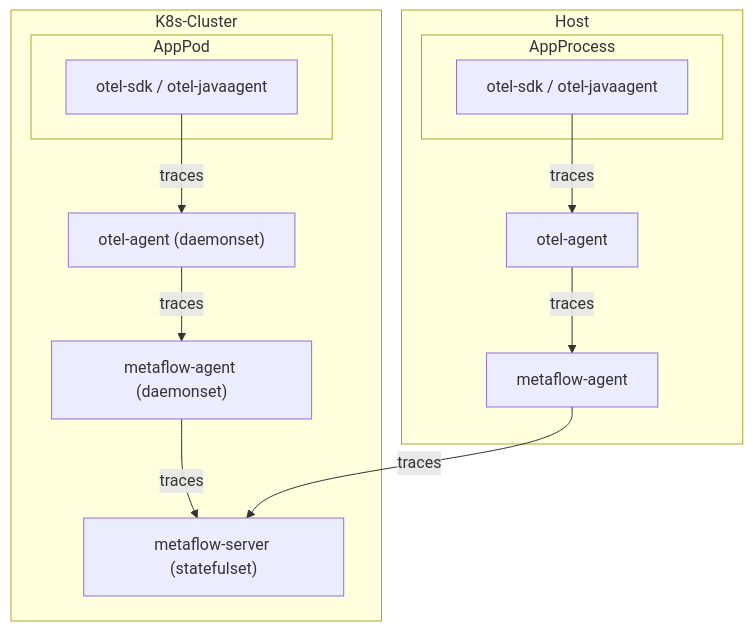
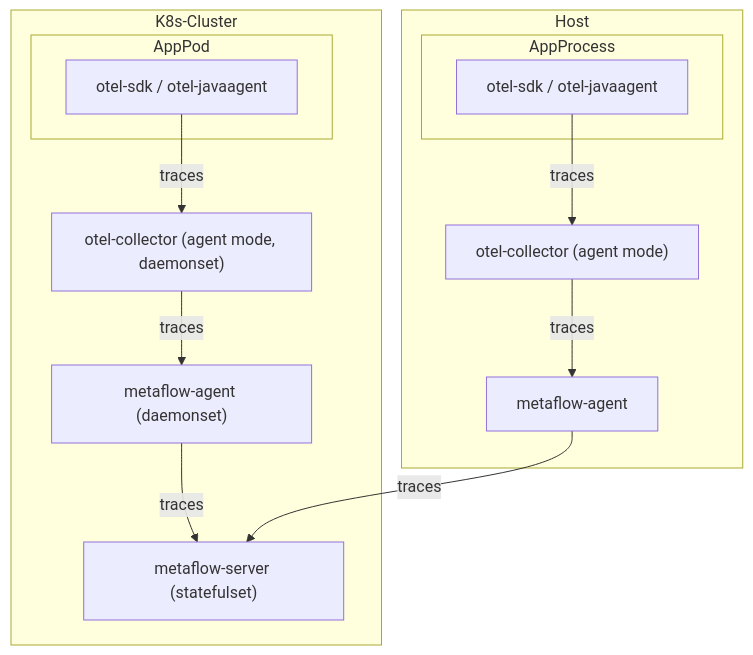
The diagram in zh/06-agent-integration/01-tracing/03-opentelemetry.md (deepflowio/docs), drawn with Mermaid before and after one commit. The commit also changed 6 other files, not shown here.

````diff
--- a/zh/06-agent-integration/01-tracing/03-opentelemetry.md
+++ b/zh/06-agent-integration/01-tracing/03-opentelemetry.md
@@ -7,28 +7,28 @@
 ```mermaid
 flowchart TD
 
 subgraph K8s-Cluster
   subgraph AppPod
     OTelSDK1["otel-sdk / otel-javaagent"]
   end
-  OTelAgent1["otel-agent (daemonset)"]
+  OTelAgent1["otel-collector (agent mode, daemonset)"]
   MetaFlowAgent1["metaflow-agent (daemonset)"]
   MetaFlowServer["metaflow-server (statefulset)"]
 
   OTelSDK1 -->|traces| OTelAgent1
   OTelAgent1 -->|traces| MetaFlowAgent1
   MetaFlowAgent1 -->|traces| MetaFlowServer
 end
 
 subgraph Host
   subgraph AppProcess
     OTelSDK2["otel-sdk / otel-javaagent"]
   end
-  OTelAgent2[otel-agent]
+  OTelAgent2["otel-collector (agent mode)"]
   MetaFlowAgent2[metaflow-agent]
 
   OTelSDK2 -->|traces| OTelAgent2
   OTelAgent2 -->|traces| MetaFlowAgent2
   MetaFlowAgent2 -->|traces| MetaFlowServer
 end
 ```
````
